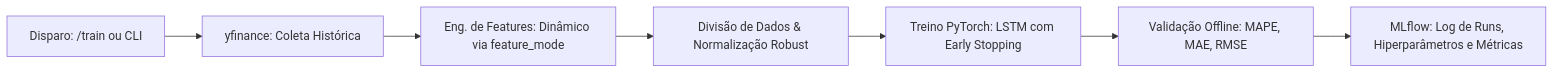
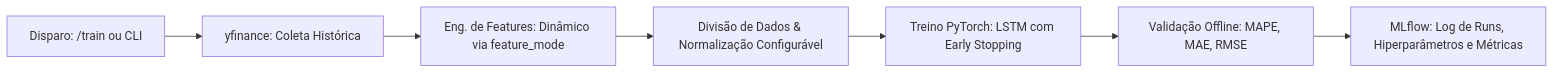
One commit to wildersa/fiap_tech_cha_fase4 changed the first of 2 diagrams in README.md. Above: the diagram before and after it, drawn with Mermaid. The commit also changed other lines of this file and 24 other files, not shown here.

````diff
--- a/README.md
+++ b/README.md
@@ -80,9 +105,9 @@
 ```mermaid
 flowchart LR
     A[Disparo: /train ou CLI] --> B[yfinance: Coleta Histórica]
     B --> C[Eng. de Features: Dinâmico via feature_mode]
-    C --> D[Divisão de Dados & Normalização Robust]
+    C --> D[Divisão de Dados & Normalização Configurável]
     D --> E[Treino PyTorch: LSTM com Early Stopping]
     E --> F[Validação Offline: MAPE, MAE, RMSE]
     F --> G[MLflow: Log de Runs, Hiperparâmetros e Métricas]
 ```
````
